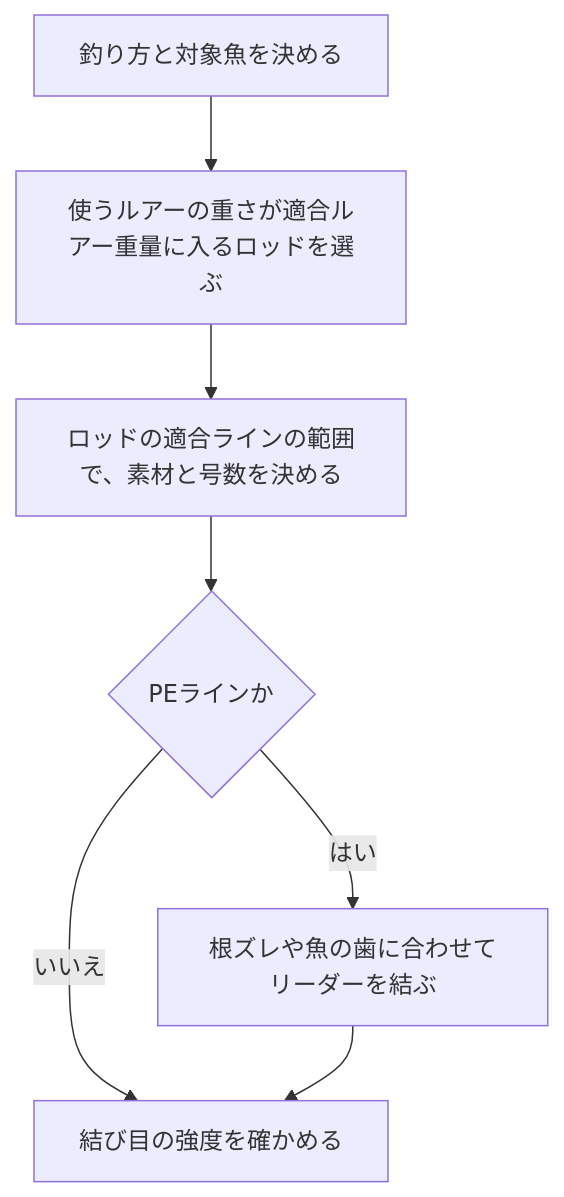
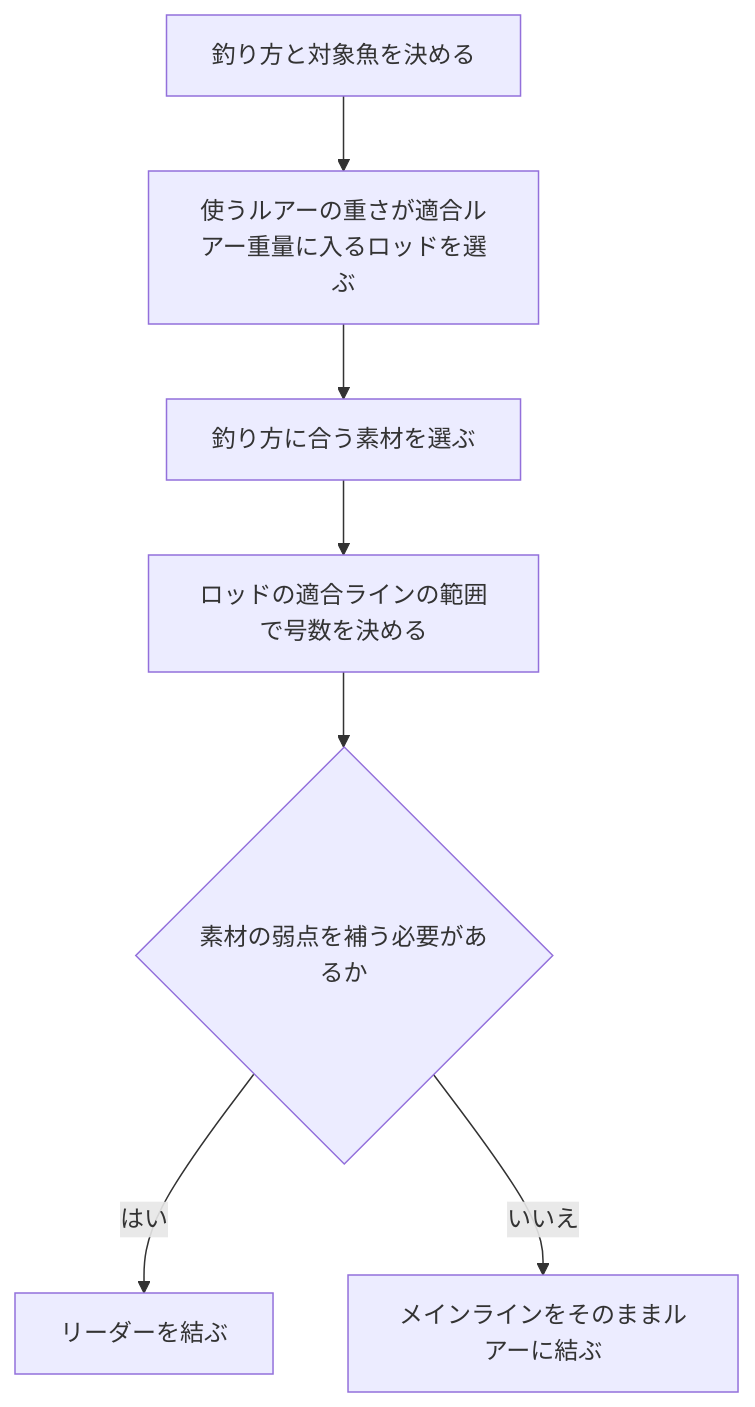
Before and after one commit to bmf-san/bmf-tech: the diagram in content/ja/posts/fishing-line-size-lure-weight.md, drawn with Mermaid. The commit also changed other lines of this file and 1 other file, not shown here.

````diff
--- a/content/ja/posts/fishing-line-size-lure-weight.md
+++ b/content/ja/posts/fishing-line-size-lure-weight.md
@@ -175,9 +176,9 @@
 ```mermaid
 flowchart TD
     A["釣り方と対象魚を決める"] --> B["使うルアーの重さが適合ルアー重量に入るロッドを選ぶ"]
-    B --> C["ロッドの適合ラインの範囲で、素材と号数を決める"]
-    C --> D{"PEラインか"}
-    D -->|"はい"| E["根ズレや魚の歯に合わせてリーダーを結ぶ"]
-    D -->|"いいえ"| F["結び目の強度を確かめる"]
-    E --> F
+    B --> C["釣り方に合う素材を選ぶ"]
+    C --> D["ロッドの適合ラインの範囲で号数を決める"]
+    D --> E{"素材の弱点を補う必要があるか"}
+    E -->|"はい"| F["リーダーを結ぶ"]
+    E -->|"いいえ"| G["メインラインをそのままルアーに結ぶ"]
 ```
````
